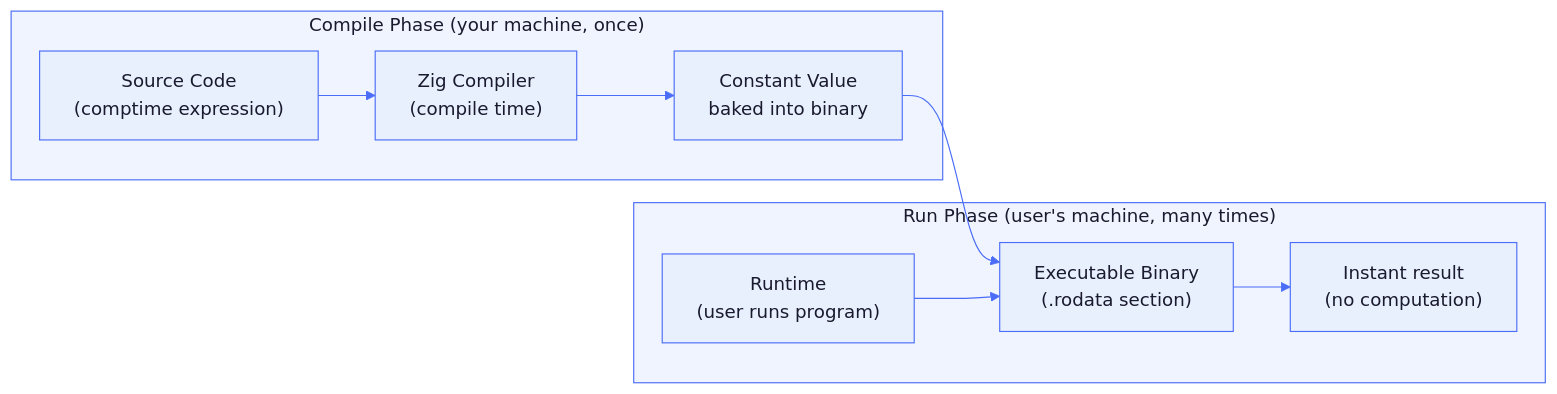
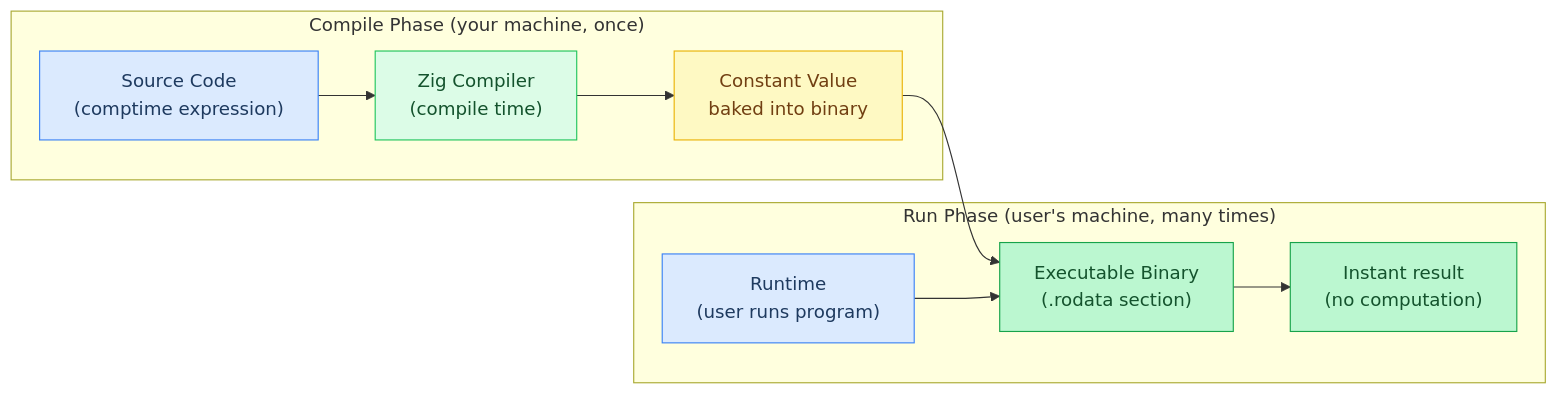
Before and after one commit to maci0/agave: the first of 7 diagrams in docs/tutorial/appendix-compile-time.md, drawn with Mermaid. The commit also changed other lines of this file and 24 other files, not shown here.

First line of the commit message:
docs: convert all mermaid diagrams to classDef semantic colors

````diff
--- a/docs/tutorial/appendix-compile-time.md
+++ b/docs/tutorial/appendix-compile-time.md
@@ -9,35 +9,35 @@
 ```mermaid
-%%{init: {'theme': 'base', 'themeVariables': {
-  'primaryColor': '#e8f0fe',
-  'primaryTextColor': '#1a1a2e',
-  'primaryBorderColor': '#4a6cf7',
-  'lineColor': '#4a6cf7',
-  'secondaryColor': '#f0f4ff',
-  'tertiaryColor': '#f8f9ff',
-  'edgeLabelBackground': '#ffffff',
-  'clusterBkg': '#f0f4ff',
-  'clusterBorder': '#4a6cf7',
-  'titleColor': '#1a1a2e',
-  'nodeTextColor': '#1a1a2e',
-  'fontFamily': 'ui-monospace, SFMono-Regular, monospace'
-}}}%%
 flowchart LR
-    Source["Source Code\n(comptime expression)"] --> Compiler["Zig Compiler\n(compile time)"]
-    Compiler --> Value["Constant Value\nbaked into binary"]
-    Value --> Binary["Executable Binary\n(.rodata section)"]
-    Runtime["Runtime\n(user runs program)"] --> Binary
-    Binary --> Result["Instant result\n(no computation)"]
+    classDef setup     fill:#dbeafe,stroke:#3b82f6,color:#1e3a5f
+    classDef sync      fill:#dcfce7,stroke:#22c55e,color:#14532d
+    classDef migration fill:#fef9c3,stroke:#eab308,color:#713f12
+    classDef success   fill:#bbf7d0,stroke:#16a34a,color:#14532d
+    classDef danger    fill:#fee2e2,stroke:#ef4444,color:#7f1d1d
+    classDef optional  fill:#f3e8ff,stroke:#9333ea,color:#581c87
+
+    Source["Source Code\n(comptime expression)"]:::setup
+    Compiler["Zig Compiler\n(compile time)"]:::sync
+    Value["Constant Value\nbaked into binary"]:::migration
+    Binary["Executable Binary\n(.rodata section)"]:::success
+    Runtime["Runtime\n(user runs program)"]:::setup
+    Result["Instant result\n(no computation)"]:::success
+
+    Source --> Compiler
+    Compiler --> Value
+    Value --> Binary
+    Runtime --> Binary
+    Binary --> Result
 
     subgraph CompilePhase["Compile Phase (your machine, once)"]
         Source
         Compiler
         Value
     end
 
     subgraph RunPhase["Run Phase (user's machine, many times)"]
         Runtime
         Binary
         Result
     end
 
 ```
````
